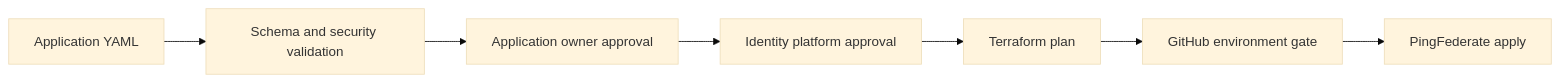
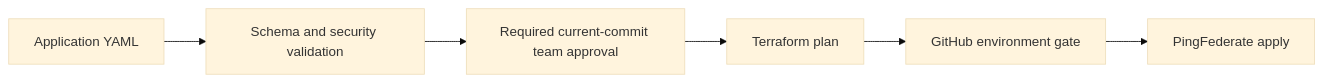
Before and after one commit to darkedges/deployPingFederateClients: the diagram in README.md, drawn with Mermaid (base theme). The commit also changed other lines of this file and 6 other files, not shown here.

````diff
--- a/README.md
+++ b/README.md
@@ -91,9 +93,8 @@
 ```mermaid
 flowchart LR
   A[Application YAML] --> V[Schema and security validation]
-  V --> R[Application owner approval]
-  R --> I[Identity platform approval]
-  I --> P[Terraform plan]
+  V --> R[Required current-commit team approval]
+  R --> P[Terraform plan]
   P --> G[GitHub environment gate]
   G --> F[PingFederate apply]
 ```
````
